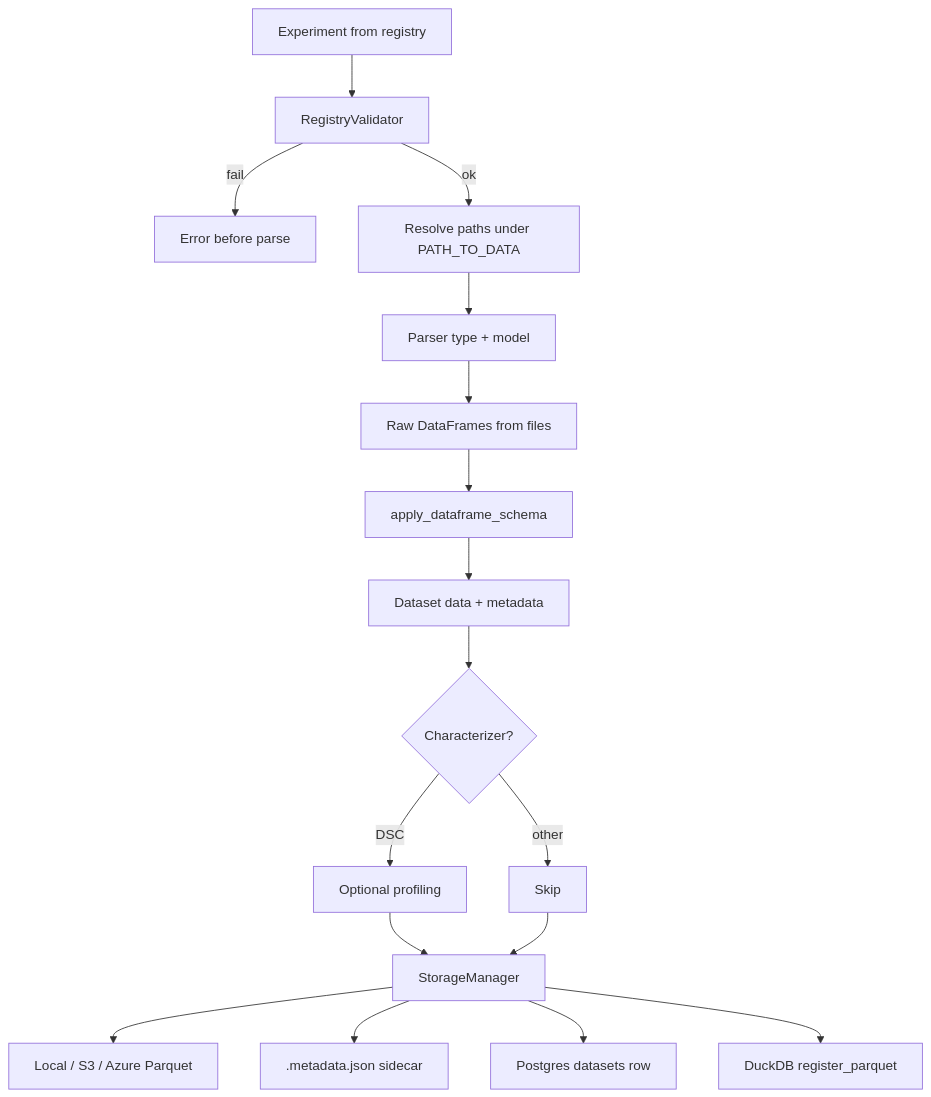
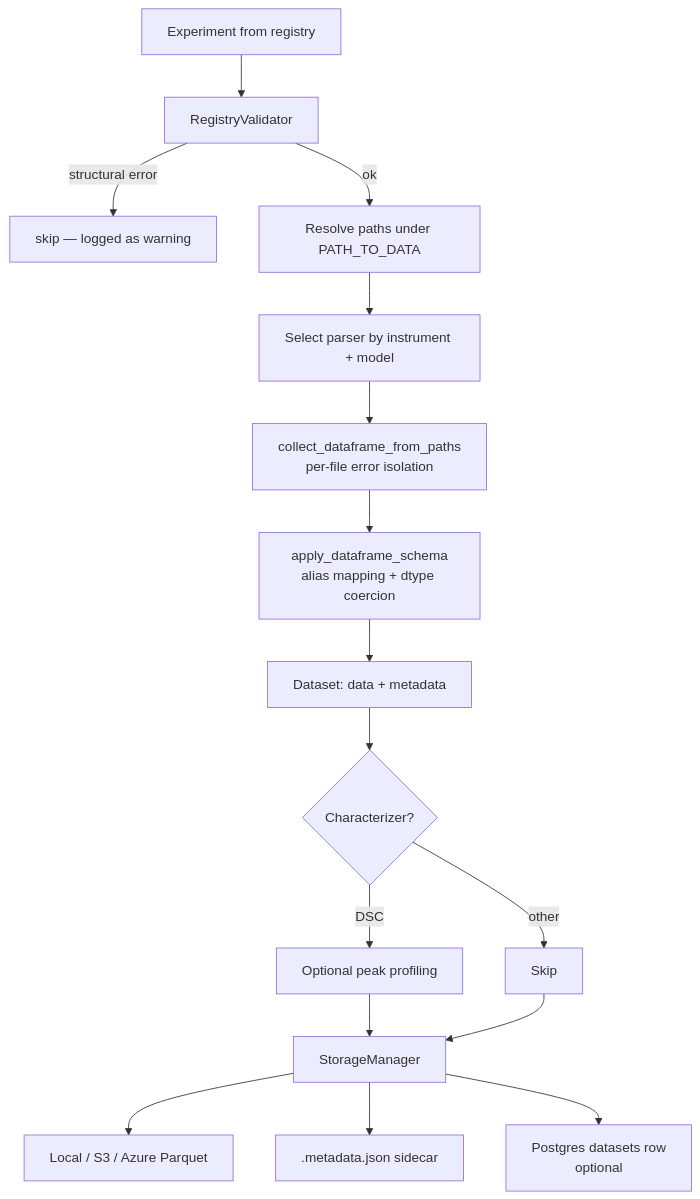
Before and after one commit to lucaAyt/mfethuls: the fifth of 8 diagrams in docs/architecture.md, drawn with Mermaid. The commit also changed other lines of this file and 25 other files, not shown here.

````diff
--- a/docs/architecture.md
+++ b/docs/architecture.md
@@ -127,19 +184,18 @@
 ```mermaid
 flowchart TD
   A[Experiment from registry] --> B[RegistryValidator]
-  B -->|fail| X[Error before parse]
+  B -->|structural error| X[skip — logged as warning]
   B -->|ok| C[Resolve paths under PATH_TO_DATA]
-  C --> D[Parser type + model]
-  D --> E[Raw DataFrames from files]
-  E --> F[apply_dataframe_schema]
-  F --> G[Dataset data + metadata]
+  C --> D[Select parser by instrument + model]
+  D --> E[collect_dataframe_from_paths\nper-file error isolation]
+  E --> F[apply_dataframe_schema\nalias mapping + dtype coercion]
+  F --> G[Dataset: data + metadata]
   G --> H{Characterizer?}
-  H -->|DSC| I[Optional profiling]
+  H -->|DSC| I[Optional peak profiling]
   H -->|other| J[Skip]
   I --> K[StorageManager]
   J --> K
   K --> L[Local / S3 / Azure Parquet]
   K --> M[.metadata.json sidecar]
-  K --> N[Postgres datasets row]
-  K --> O[DuckDB register_parquet]
+  K --> N[Postgres datasets row\noptional]
 ```
````
